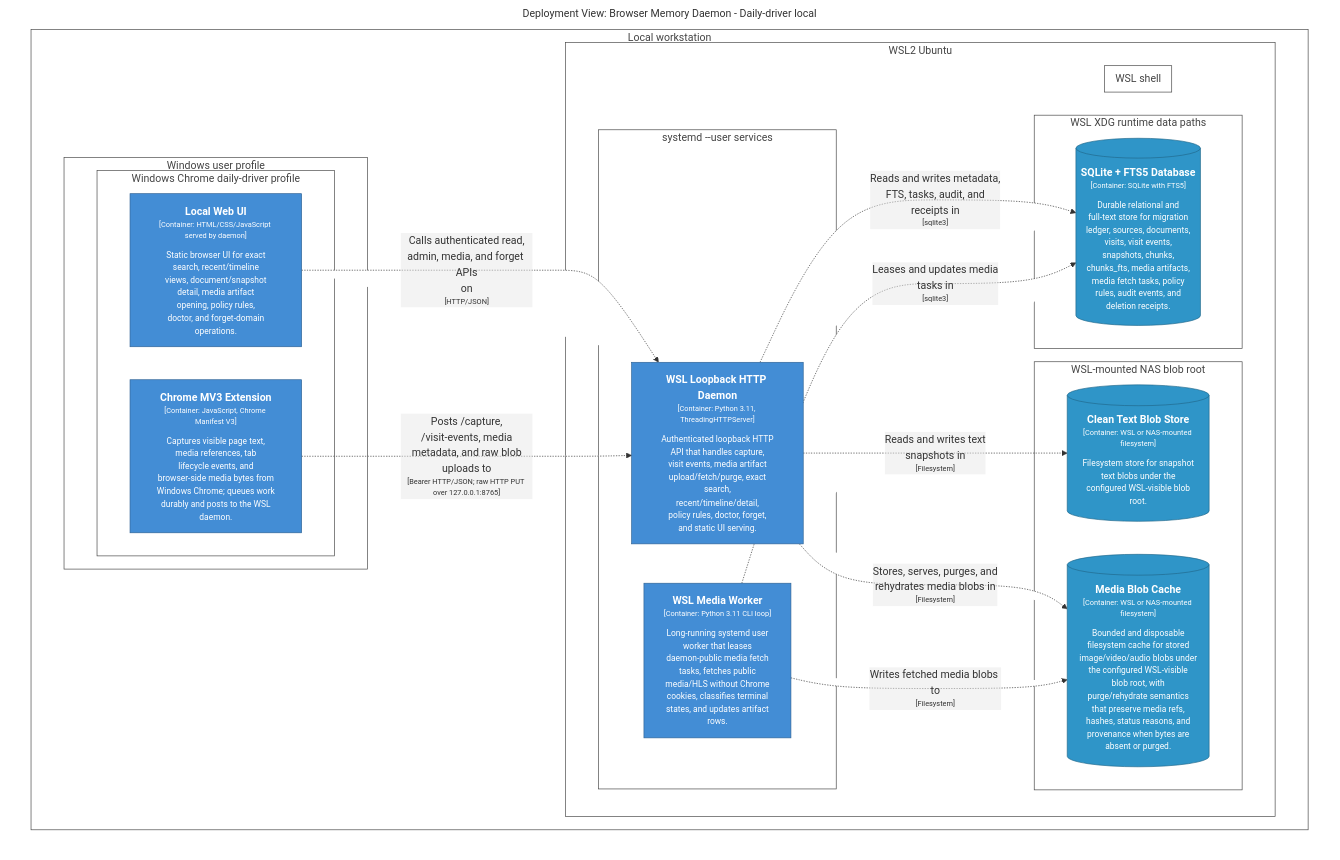
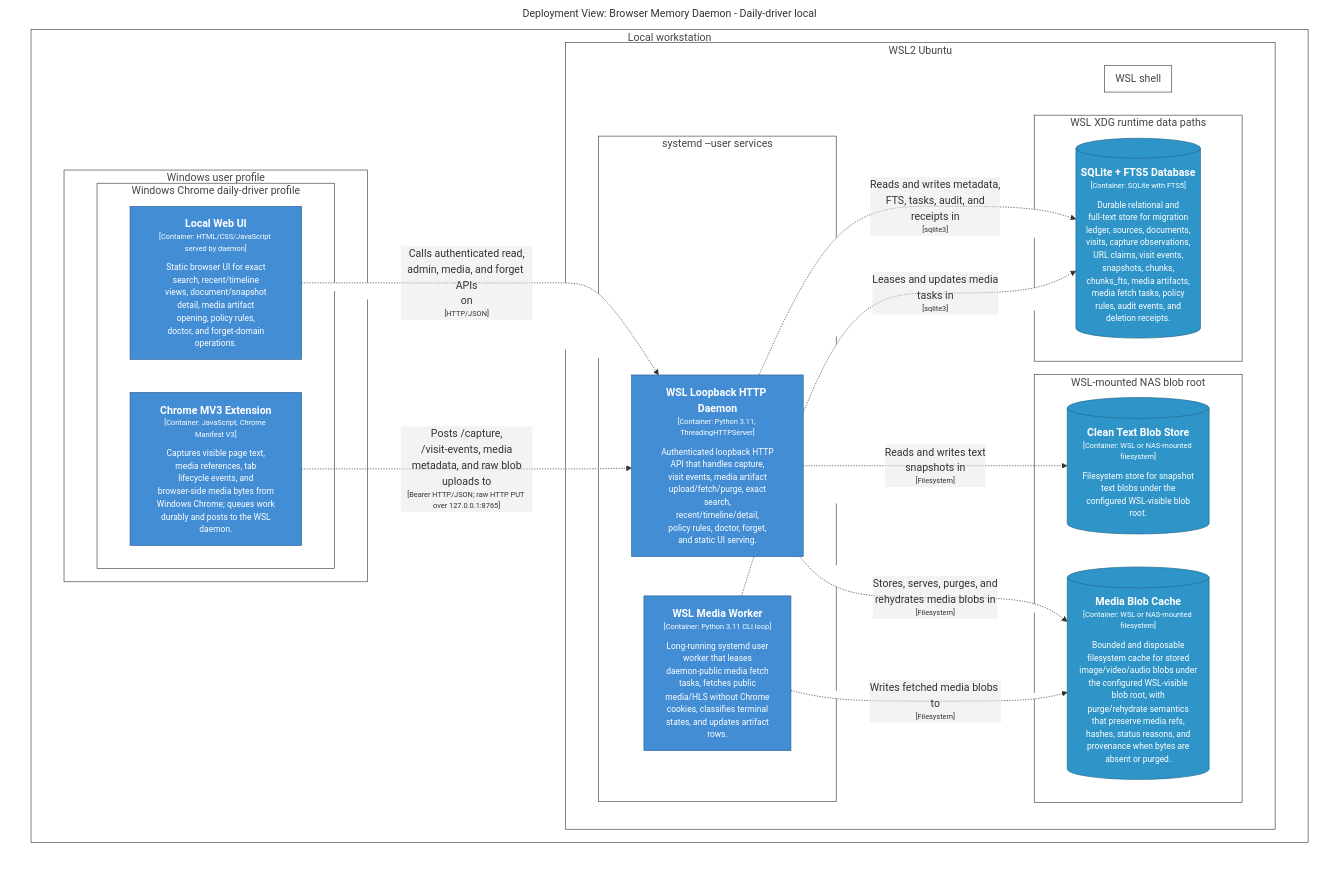
One commit to michaelnicks0/browser-memory-daemon changed the diagram in docs/architecture/diagrams/structurizr-DailyDriverDeployment.mmd. Above: the diagram before and after it, drawn with Mermaid. The commit also changed 162 other files, not shown here.

Commit message:
feat(model): add capture observations and URL claims

```diff
--- a/docs/architecture/diagrams/structurizr-DailyDriverDeployment.mmd
+++ b/docs/architecture/diagrams/structurizr-DailyDriverDeployment.mmd
@@ -1,69 +1,69 @@
 graph TB
   linkStyle default fill:#ffffff
 
   subgraph diagram ["Deployment View: Browser Memory Daemon - Daily-driver local"]
     style diagram fill:#ffffff,stroke:#ffffff
 
     subgraph 88 ["Local workstation"]
       style 88 fill:#ffffff,stroke:#444444,color:#444444
 
       subgraph 89 ["Windows user profile"]
         style 89 fill:#ffffff,stroke:#444444,color:#444444
 
         subgraph 90 ["Windows Chrome daily-driver profile"]
           style 90 fill:#ffffff,stroke:#444444,color:#444444
 
           91["<div style='font-weight: bold'>Chrome MV3 Extension</div><div style='font-size: 70%; margin-top: 0px'>[Container: JavaScript, Chrome Manifest V3]</div><div style='font-size: 80%; margin-top:10px'>Captures visible page text,<br />media references, tab<br />lifecycle events, and<br />browser-side media bytes from<br />Windows Chrome; queues work<br />durably and posts to the WSL<br />daemon.</div>"]
           style 91 fill:#438dd5,stroke:#2e6295,color:#ffffff
           94["<div style='font-weight: bold'>Local Web UI</div><div style='font-size: 70%; margin-top: 0px'>[Container: HTML/CSS/JavaScript served by daemon]</div><div style='font-size: 80%; margin-top:10px'>Static browser UI for exact<br />search, recent/timeline<br />views, document/snapshot<br />detail, media artifact<br />opening, policy rules,<br />doctor, and forget-domain<br />operations.</div>"]
           style 94 fill:#438dd5,stroke:#2e6295,color:#ffffff
         end
 
       end
 
       subgraph 96 ["WSL2 Ubuntu"]
         style 96 fill:#ffffff,stroke:#444444,color:#444444
 
         subgraph 102 ["WSL shell"]
           style 102 fill:#ffffff,stroke:#444444,color:#444444
 
         end
 
         subgraph 105 ["WSL XDG runtime data paths"]
           style 105 fill:#ffffff,stroke:#444444,color:#444444
 
-          106[("<div style='font-weight: bold'>SQLite + FTS5 Database</div><div style='font-size: 70%; margin-top: 0px'>[Container: SQLite with FTS5]</div><div style='font-size: 80%; margin-top:10px'>Durable relational and<br />full-text store for migration<br />ledger, sources, documents,<br />visits, visit events,<br />snapshots, chunks,<br />chunks_fts, media artifacts,<br />media fetch tasks, policy<br />rules, audit events, and<br />deletion receipts.</div>")]
+          106[("<div style='font-weight: bold'>SQLite + FTS5 Database</div><div style='font-size: 70%; margin-top: 0px'>[Container: SQLite with FTS5]</div><div style='font-size: 80%; margin-top:10px'>Durable relational and<br />full-text store for migration<br />ledger, sources, documents,<br />visits, capture observations,<br />URL claims, visit events,<br />snapshots, chunks,<br />chunks_fts, media artifacts,<br />media fetch tasks, policy<br />rules, audit events, and<br />deletion receipts.</div>")]
           style 106 fill:#2f95c8,stroke:#20688c,color:#ffffff
         end
 
         subgraph 111 ["WSL-mounted NAS blob root"]
           style 111 fill:#ffffff,stroke:#444444,color:#444444
 
           112[("<div style='font-weight: bold'>Clean Text Blob Store</div><div style='font-size: 70%; margin-top: 0px'>[Container: WSL or NAS-mounted filesystem]</div><div style='font-size: 80%; margin-top:10px'>Filesystem store for snapshot<br />text blobs under the<br />configured WSL-visible blob<br />root.</div>")]
           style 112 fill:#2f95c8,stroke:#20688c,color:#ffffff
           114[("<div style='font-weight: bold'>Media Blob Cache</div><div style='font-size: 70%; margin-top: 0px'>[Container: WSL or NAS-mounted filesystem]</div><div style='font-size: 80%; margin-top:10px'>Bounded and disposable<br />filesystem cache for stored<br />image/video/audio blobs under<br />the configured WSL-visible<br />blob root, with<br />purge/rehydrate semantics<br />that preserve media refs,<br />hashes, status reasons, and<br />provenance when bytes are<br />absent or purged.</div>")]
           style 114 fill:#2f95c8,stroke:#20688c,color:#ffffff
         end
 
         subgraph 97 ["systemd --user services"]
           style 97 fill:#ffffff,stroke:#444444,color:#444444
 
           101["<div style='font-weight: bold'>WSL Media Worker</div><div style='font-size: 70%; margin-top: 0px'>[Container: Python 3.11 CLI loop]</div><div style='font-size: 80%; margin-top:10px'>Long-running systemd user<br />worker that leases<br />daemon-public media fetch<br />tasks, fetches public<br />media/HLS without Chrome<br />cookies, classifies terminal<br />states, and updates artifact<br />rows.</div>"]
           style 101 fill:#438dd5,stroke:#2e6295,color:#ffffff
           98["<div style='font-weight: bold'>WSL Loopback HTTP Daemon</div><div style='font-size: 70%; margin-top: 0px'>[Container: Python 3.11, ThreadingHTTPServer]</div><div style='font-size: 80%; margin-top:10px'>Authenticated loopback HTTP<br />API that handles capture,<br />visit events, media artifact<br />upload/fetch/purge, exact<br />search,<br />recent/timeline/detail,<br />policy rules, doctor, forget,<br />and static UI serving.</div>"]
           style 98 fill:#438dd5,stroke:#2e6295,color:#ffffff
         end
 
       end
 
     end
 
     94-. "<div>Calls authenticated read,<br />admin, media, and forget APIs<br />on</div><div style='font-size: 70%'>[HTTP/JSON]</div>" .->98
     98-. "<div>Reads and writes metadata,<br />FTS, tasks, audit, and<br />receipts in</div><div style='font-size: 70%'>[sqlite3]</div>" .->106
     101-. "<div>Leases and updates media<br />tasks in</div><div style='font-size: 70%'>[sqlite3]</div>" .->106
     98-. "<div>Reads and writes text<br />snapshots in</div><div style='font-size: 70%'>[Filesystem]</div>" .->112
     98-. "<div>Stores, serves, purges, and<br />rehydrates media blobs in</div><div style='font-size: 70%'>[Filesystem]</div>" .->114
     101-. "<div>Writes fetched media blobs to</div><div style='font-size: 70%'>[Filesystem]</div>" .->114
     91-. "<div>Posts /capture,<br />/visit-events, media<br />metadata, and raw blob<br />uploads to</div><div style='font-size: 70%'>[Bearer HTTP/JSON; raw HTTP PUT over 127.0.0.1:8765]</div>" .->98
 
   end
```
